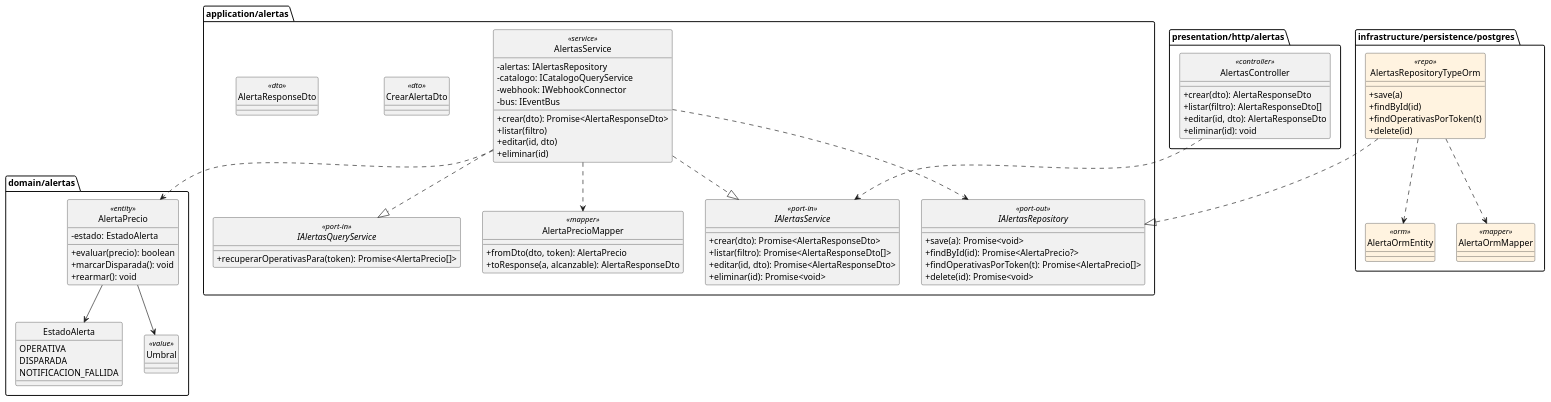
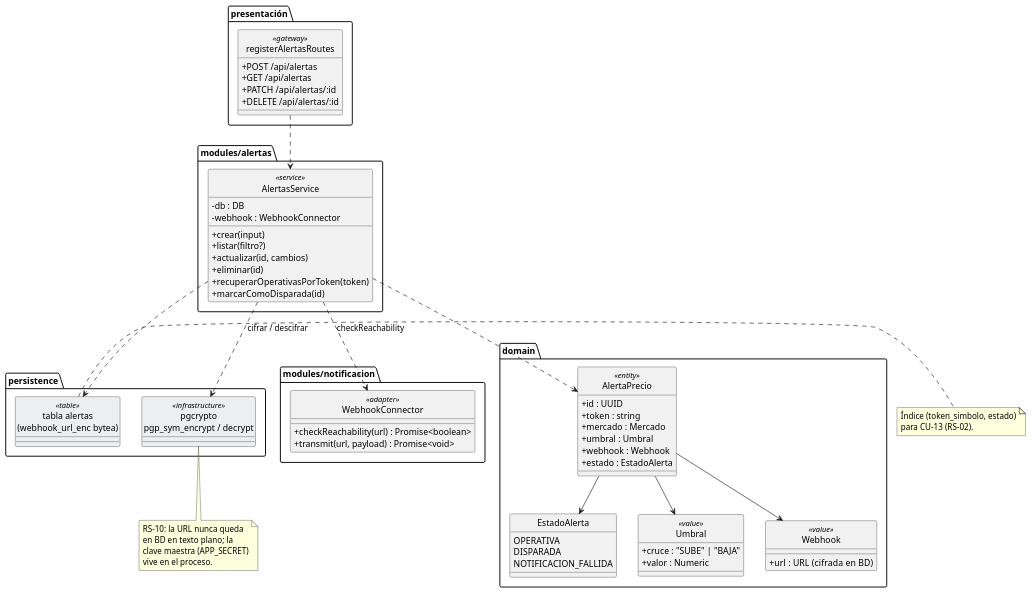
Before and after one commit to nekiiiiis/tfg: the diagram in modelosUML/capitulo3/diseno-clases-alertas.puml, drawn with PlantUML. The commit also changed 40 other files, not shown here.

```diff
--- a/modelosUML/capitulo3/diseno-clases-alertas.puml
+++ b/modelosUML/capitulo3/diseno-clases-alertas.puml
@@ -1,88 +1,84 @@
 @startuml
 skinparam shadowing false
 skinparam classAttributeIconSize 0
 hide circle
 
-package "presentation/http/alertas" {
-    class AlertasController <<controller>> {
-        + crear(dto): AlertaResponseDto
-        + listar(filtro): AlertaResponseDto[]
-        + editar(id, dto): AlertaResponseDto
-        + eliminar(id): void
+package "presentación" {
+    class registerAlertasRoutes <<gateway>> {
+        + POST /api/alertas
+        + GET /api/alertas
+        + PATCH /api/alertas/:id
+        + DELETE /api/alertas/:id
     }
 }
 
-package "application/alertas" {
-    interface IAlertasService <<port-in>> {
-        + crear(dto): Promise<AlertaResponseDto>
-        + listar(filtro): Promise<AlertaResponseDto[]>
-        + editar(id, dto): Promise<AlertaResponseDto>
-        + eliminar(id): Promise<void>
+package "modules/alertas" {
+    class AlertasService <<service>> {
+        - db : DB
+        - webhook : WebhookConnector
+        + crear(input)
+        + listar(filtro?)
+        + actualizar(id, cambios)
+        + eliminar(id)
+        + recuperarOperativasPorToken(token)
+        + marcarComoDisparada(id)
     }
-    interface IAlertasQueryService <<port-in>> {
-        + recuperarOperativasPara(token): Promise<AlertaPrecio[]>
-    }
-    interface IAlertasRepository <<port-out>> {
-        + save(a): Promise<void>
-        + findById(id): Promise<AlertaPrecio?>
-        + findOperativasPorToken(t): Promise<AlertaPrecio[]>
-        + delete(id): Promise<void>
-    }
-    class AlertasService <<service>> {
-        - alertas: IAlertasRepository
-        - catalogo: ICatalogoQueryService
-        - webhook: IWebhookConnector
-        - bus: IEventBus
-        + crear(dto): Promise<AlertaResponseDto>
-        + listar(filtro)
-        + editar(id, dto)
-        + eliminar(id)
-    }
-    class AlertaPrecioMapper <<mapper>> {
-        + fromDto(dto, token): AlertaPrecio
-        + toResponse(a, alcanzable): AlertaResponseDto
-    }
-    class CrearAlertaDto <<dto>>
-    class AlertaResponseDto <<dto>>
 }
 
-package "domain/alertas" {
+package "modules/notificacion" {
+    class WebhookConnector <<adapter>> {
+        + checkReachability(url) : Promise<boolean>
+        + transmit(url, payload) : Promise<void>
+    }
+}
+
+package "domain" {
     class AlertaPrecio <<entity>> {
-        - estado: EstadoAlerta
-        + evaluar(precio): boolean
-        + marcarDisparada(): void
-        + rearmar(): void
+        + id : UUID
+        + token : string
+        + mercado : Mercado
+        + umbral : Umbral
+        + webhook : Webhook
+        + estado : EstadoAlerta
     }
     enum EstadoAlerta {
         OPERATIVA
         DISPARADA
         NOTIFICACION_FALLIDA
     }
-    class Umbral <<value>>
+    class Umbral <<value>> {
+        + cruce : "SUBE" | "BAJA"
+        + valor : Numeric
+    }
+    class Webhook <<value>> {
+        + url : URL  (cifrada en BD)
+    }
 }
 
-package "infrastructure/persistence/postgres" {
-    class AlertaOrmEntity <<orm>> #FFF3E0
-    class AlertasRepositoryTypeOrm <<repo>> #FFF3E0 {
-        + save(a)
-        + findById(id)
-        + findOperativasPorToken(t)
-        + delete(id)
-    }
-    class AlertaOrmMapper <<mapper>> #FFF3E0
+package "persistence" {
+    class "tabla alertas\n(webhook_url_enc bytea)" as TA <<table>> #ECEFF1
+    class "pgcrypto\npgp_sym_encrypt / decrypt" as PGC <<infrastructure>> #ECEFF1
 }
 
-AlertasController ..> IAlertasService
-AlertasService ..|> IAlertasService
-AlertasService ..|> IAlertasQueryService
-AlertasService ..> IAlertasRepository
-AlertasService ..> AlertaPrecioMapper
+registerAlertasRoutes ..> AlertasService
+AlertasService ..> TA
+AlertasService ..> PGC : cifrar / descifrar
+AlertasService ..> WebhookConnector : checkReachability
 AlertasService ..> AlertaPrecio
 AlertaPrecio --> EstadoAlerta
 AlertaPrecio --> Umbral
+AlertaPrecio --> Webhook
 
-AlertasRepositoryTypeOrm ..|> IAlertasRepository
-AlertasRepositoryTypeOrm ..> AlertaOrmEntity
-AlertasRepositoryTypeOrm ..> AlertaOrmMapper
+note right of TA
+  Índice (token_simbolo, estado)
+  para CU-13 (RS-02).
+end note
+
+note bottom of PGC
+  RS-10: la URL nunca queda
+  en BD en texto plano; la
+  clave maestra (APP_SECRET)
+  vive en el proceso.
+end note
 
 @enduml
```
